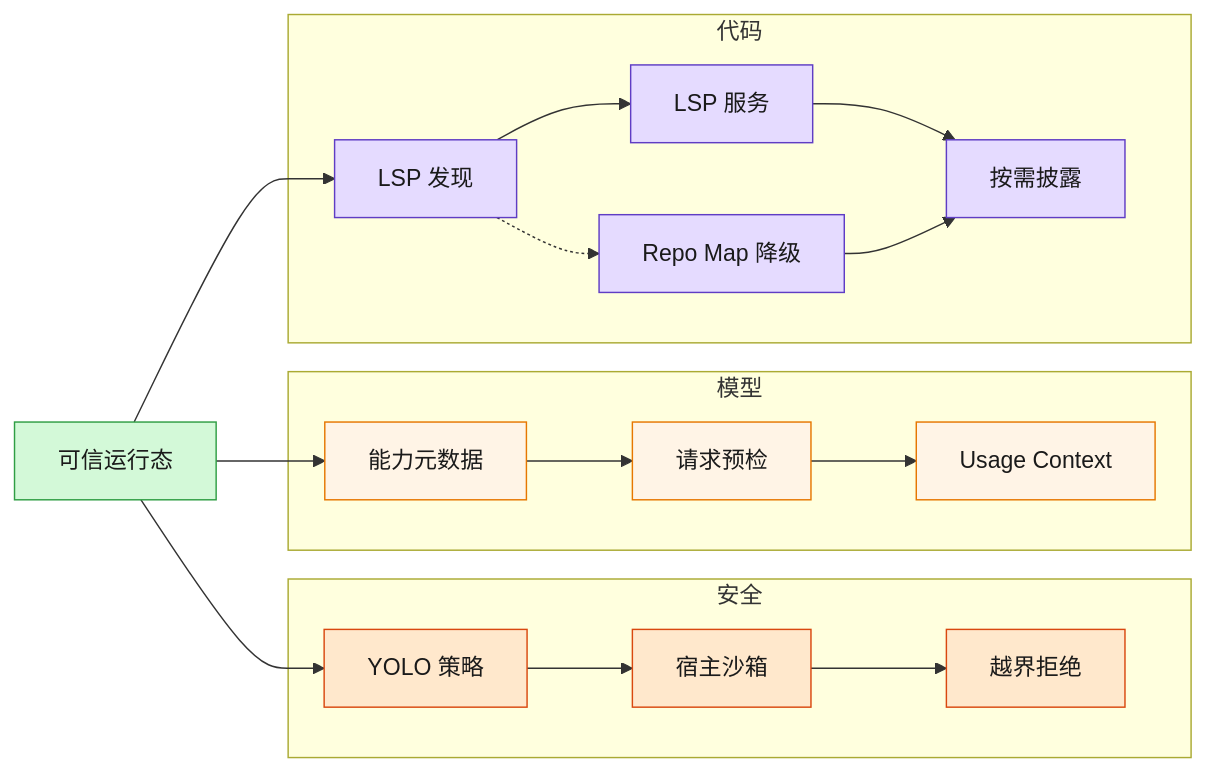
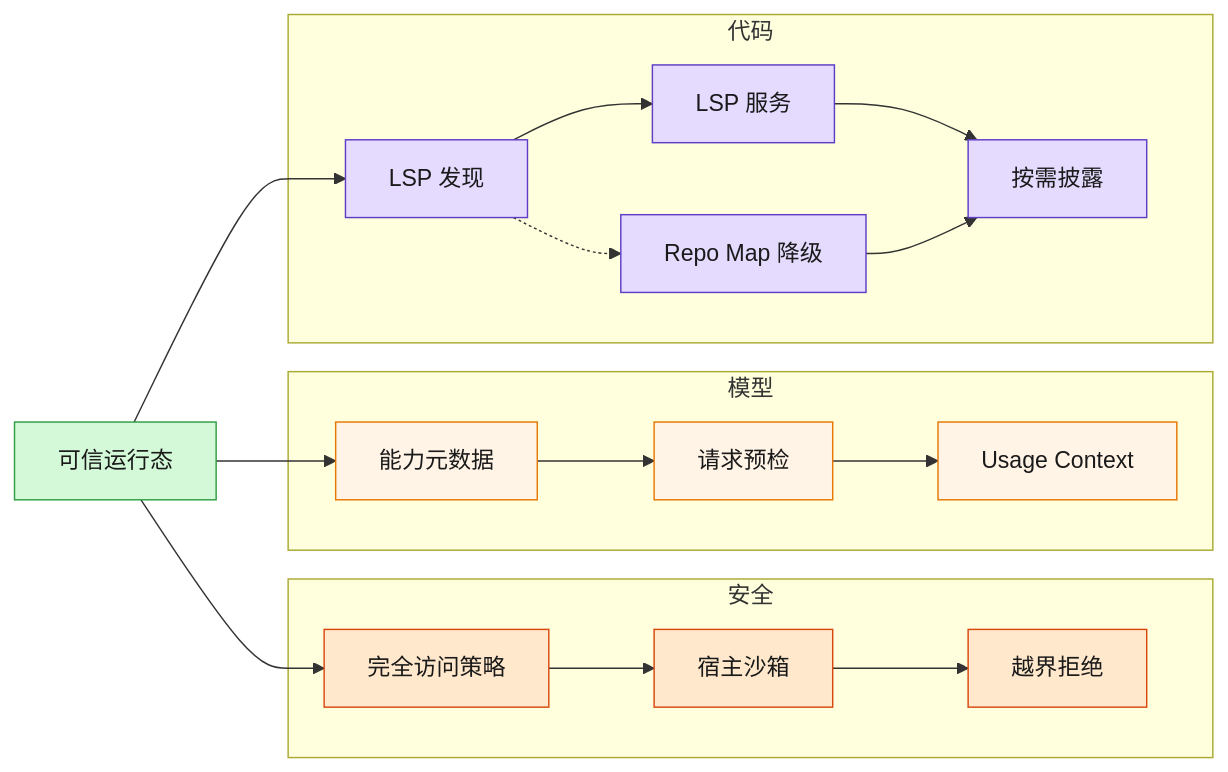
Before and after one commit to 99Gaoxiaoqi/pico-harness: the diagram in docs/images/pico-harness-architecture/stage12-trusted-runtime.mmd, drawn with Mermaid. The commit also changed 187 other files, not shown here.

```diff
--- a/docs/images/pico-harness-architecture/stage12-trusted-runtime.mmd
+++ b/docs/images/pico-harness-architecture/stage12-trusted-runtime.mmd
@@ -1,32 +1,32 @@
 flowchart LR
     A[可信运行态]
 
     subgraph SAFE[安全]
-        Y1[YOLO 策略] --> Y2[宿主沙箱] --> Y3[越界拒绝]
+        Y1[完全访问策略] --> Y2[宿主沙箱] --> Y3[越界拒绝]
     end
 
     subgraph MODEL[模型]
         M1[能力元数据] --> M2[请求预检] --> M3[Usage Context]
     end
 
     subgraph CODE[代码]
         C1[LSP 发现] --> C2[LSP 服务]
         C1 -.-> C3[Repo Map 降级]
         C2 --> C4[按需披露]
         C3 --> C4
     end
 
     A --> Y1
     A --> M1
     A --> C1
 
     classDef input fill:#d3f9d8,stroke:#2f9e44,color:#1a1a1a
     classDef process fill:#e5dbff,stroke:#5f3dc4,color:#1a1a1a
     classDef action fill:#ffe8cc,stroke:#d9480f,color:#1a1a1a
     classDef output fill:#c5f6fa,stroke:#0c8599,color:#1a1a1a
     classDef storage fill:#fff4e6,stroke:#e67700,color:#1a1a1a
 
     class A input
     class Y1,Y2,Y3 action
     class M1,M2,M3 storage
     class C1,C2,C3,C4 process
```
